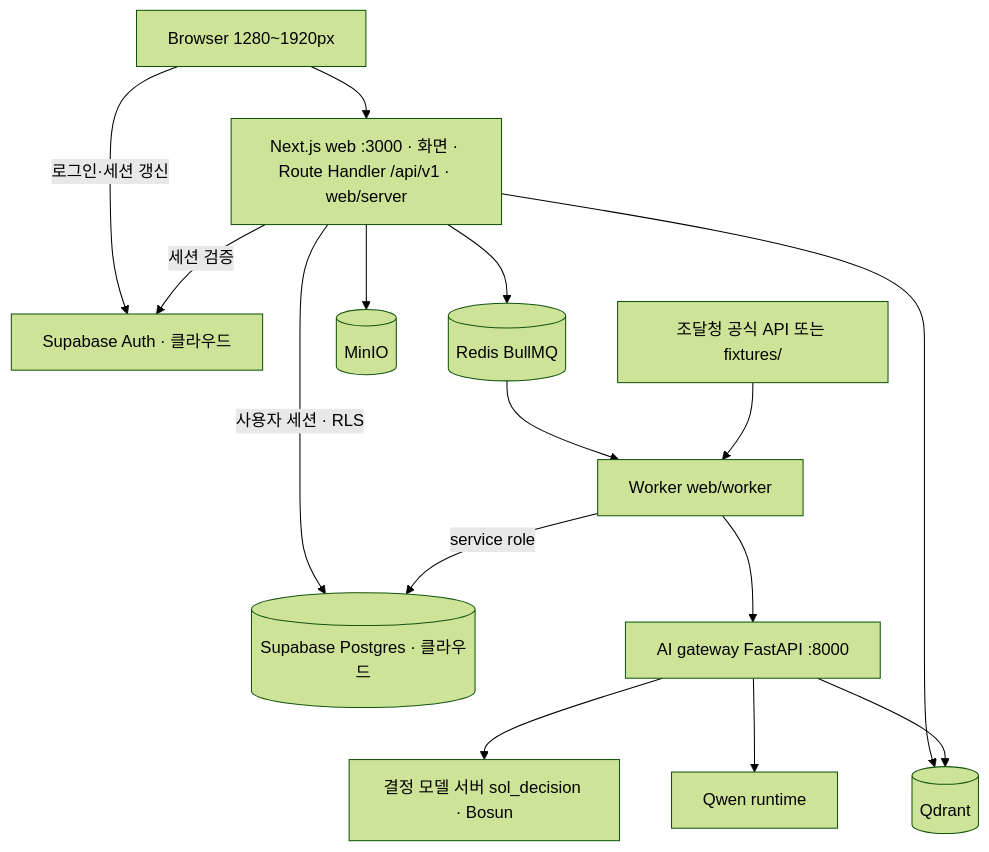
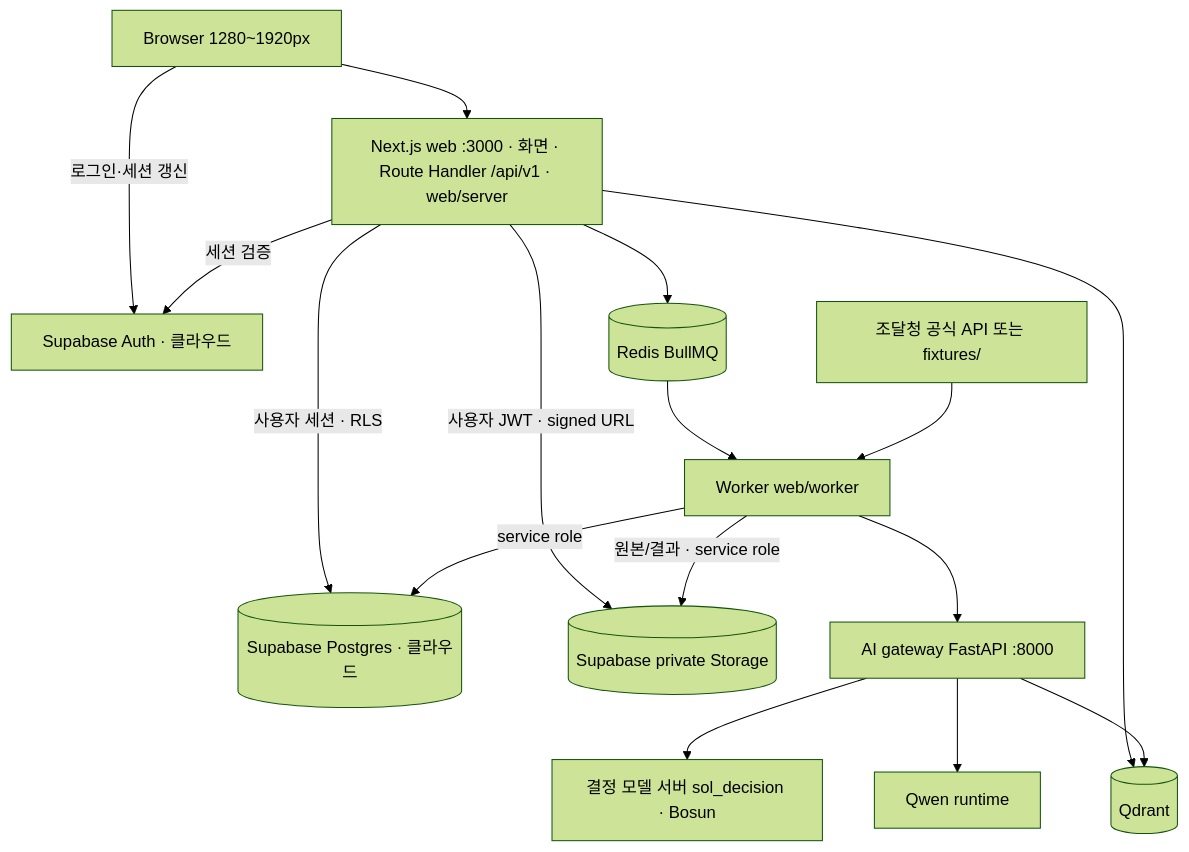
One commit to solideoai/sol-radar changed the first of 3 diagrams in docs/02-ARCHITECTURE.md. Above: the diagram before and after it, drawn with Mermaid (forest theme). The commit also changed other lines of this file and 98 other files, not shown here.

````diff
--- a/docs/02-ARCHITECTURE.md
+++ b/docs/02-ARCHITECTURE.md
@@ -44,17 +44,18 @@
 ```mermaid
 flowchart TB
  U["Browser 1280~1920px"] --> N["Next.js web :3000 · 화면 · Route Handler /api/v1 · web/server"]
  U -- 로그인·세션 갱신 --> SA["Supabase Auth · 클라우드"]
  N -- 세션 검증 --> SA
  N -- 사용자 세션 · RLS --> PG[("Supabase Postgres · 클라우드")]
  N --> R[("Redis BullMQ")]
- N --> MIN[("MinIO")]
+ N -- 사용자 JWT · signed URL --> ST[("Supabase private Storage")]
+ WORK -- 원본/결과 · service role --> ST
  N --> QD[("Qdrant")]
  R --> WORK["Worker web/worker"]
  WORK --> AI["AI gateway FastAPI :8000"]
  AI --> KEV["결정 모델 서버 sol_decision · Bosun"]
  AI --> QW["Qwen runtime"]
  AI --> QD
  WORK -- service role --> PG
  EXT["조달청 공식 API 또는 fixtures/"] --> WORK
 ```
````
